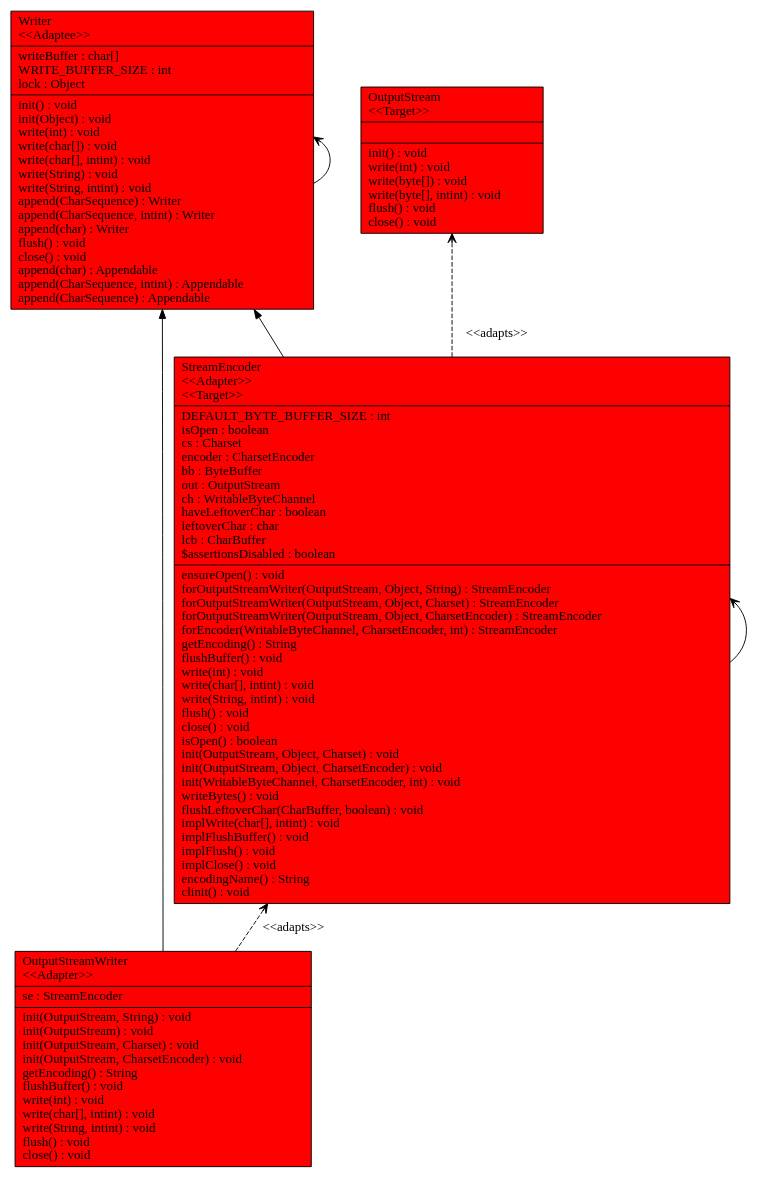
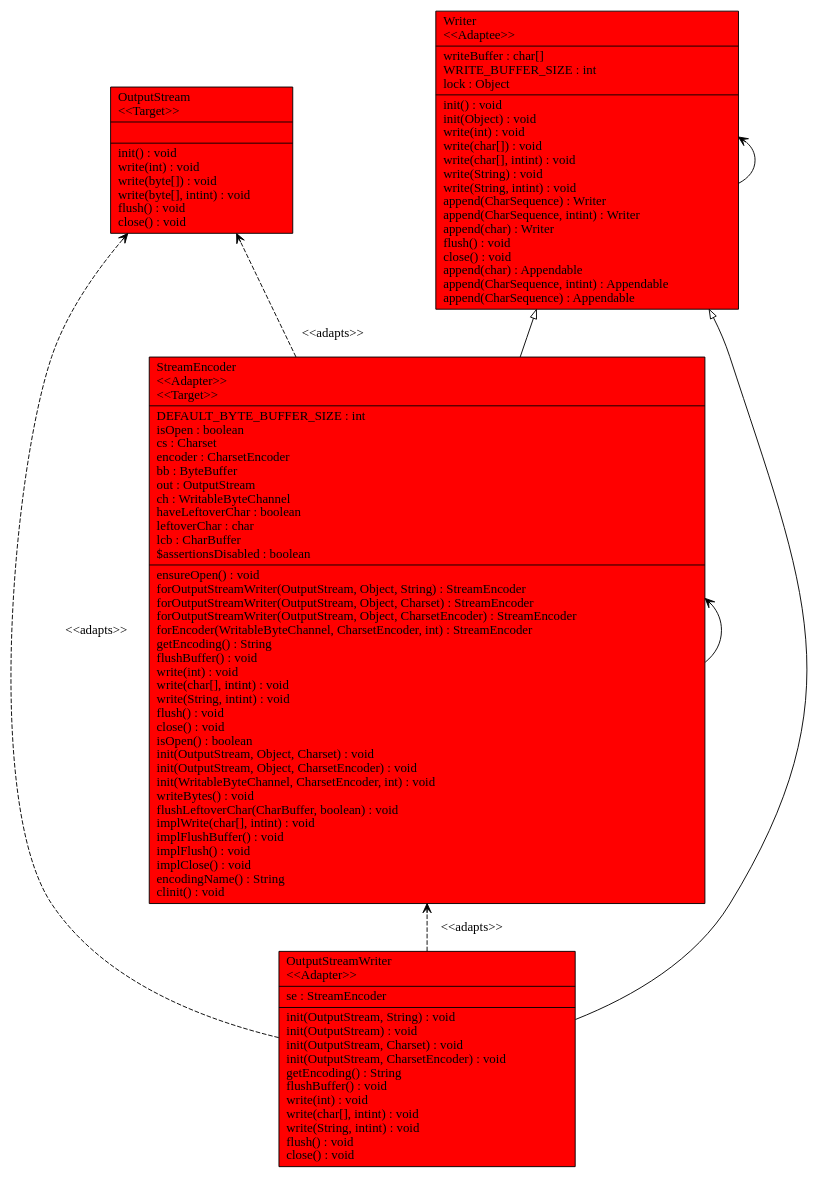
One commit to chinchalupa/CSSE374-Project changed the diagram in input_output/output_stream_writer.dot. Above: the diagram before and after it, drawn with Graphviz. The commit also changed 27 other files, not shown here.

```diff
--- a/input_output/output_stream_writer.dot
+++ b/input_output/output_stream_writer.dot
@@ -1,27 +1,29 @@
 digraph G {
 
 fontname = "Bitstream Vera Sans"
 fontsize = 8
 rankdir=BT
 
 node [shape = "record" color = "#000000" fillcolor = "#ff0000" style="filled"]
 ClassTOutputStream [label = "{OutputStream\l\<\<Target\>\>\l||init() : void\lwrite(int) : void\lwrite(byte[]) : void\lwrite(byte[], intint) : void\lflush() : void\lclose() : void\l}"]
 node [shape = "record" color = "#000000" fillcolor = "#ff0000" style="filled"]
 ClassTOutputStreamWriter [label = "{OutputStreamWriter\l\<\<Adapter\>\>\l|se : StreamEncoder\l|init(OutputStream, String) : void\linit(OutputStream) : void\linit(OutputStream, Charset) : void\linit(OutputStream, CharsetEncoder) : void\lgetEncoding() : String\lflushBuffer() : void\lwrite(int) : void\lwrite(char[], intint) : void\lwrite(String, intint) : void\lflush() : void\lclose() : void\l}"]
 node [shape = "record" color = "#000000" fillcolor = "#ff0000" style="filled"]
 ClassTWriter [label = "{Writer\l\<\<Adaptee\>\>\l|writeBuffer : char[]\lWRITE_BUFFER_SIZE : int\llock : Object\l|init() : void\linit(Object) : void\lwrite(int) : void\lwrite(char[]) : void\lwrite(char[], intint) : void\lwrite(String) : void\lwrite(String, intint) : void\lappend(CharSequence) : Writer\lappend(CharSequence, intint) : Writer\lappend(char) : Writer\lflush() : void\lclose() : void\lappend(char) : Appendable\lappend(CharSequence, intint) : Appendable\lappend(CharSequence) : Appendable\l}"]
 node [shape = "record" color = "#000000" fillcolor = "#ff0000" style="filled"]
 ClassTStreamEncoder [label = "{StreamEncoder\l\<\<Adapter\>\>\l\<\<Target\>\>\l|DEFAULT_BYTE_BUFFER_SIZE : int\lisOpen : boolean\lcs : Charset\lencoder : CharsetEncoder\lbb : ByteBuffer\lout : OutputStream\lch : WritableByteChannel\lhaveLeftoverChar : boolean\lleftoverChar : char\llcb : CharBuffer\l$assertionsDisabled : boolean\l|ensureOpen() : void\lforOutputStreamWriter(OutputStream, Object, String) : StreamEncoder\lforOutputStreamWriter(OutputStream, Object, Charset) : StreamEncoder\lforOutputStreamWriter(OutputStream, Object, CharsetEncoder) : StreamEncoder\lforEncoder(WritableByteChannel, CharsetEncoder, int) : StreamEncoder\lgetEncoding() : String\lflushBuffer() : void\lwrite(int) : void\lwrite(char[], intint) : void\lwrite(String, intint) : void\lflush() : void\lclose() : void\lisOpen() : boolean\linit(OutputStream, Object, Charset) : void\linit(OutputStream, Object, CharsetEncoder) : void\linit(WritableByteChannel, CharsetEncoder, int) : void\lwriteBytes() : void\lflushLeftoverChar(CharBuffer, boolean) : void\limplWrite(char[], intint) : void\limplFlushBuffer() : void\limplFlush() : void\limplClose() : void\lencodingName() : String\lclinit() : void\l}"]
-edge [arrowhead = "normal" style = "solid" label = ""]
+edge [arrowhead = "onormal" style = "solid" label = ""]
 ClassTOutputStreamWriter -> ClassTWriter
 edge [arrowhead = "vee" style = "dashed" label = "\<\<adapts\>\>"]
 ClassTOutputStreamWriter -> ClassTStreamEncoder
+edge [arrowhead = "vee" style = "dashed" label = "\<\<adapts\>\>"]
+ClassTOutputStreamWriter -> ClassTOutputStream
 edge [arrowhead = "vee" style = "solid" label = ""]
 ClassTWriter -> ClassTWriter
-edge [arrowhead = "normal" style = "solid" label = ""]
+edge [arrowhead = "onormal" style = "solid" label = ""]
 ClassTStreamEncoder -> ClassTWriter
 edge [arrowhead = "vee" style = "dashed" label = "\<\<adapts\>\>"]
 ClassTStreamEncoder -> ClassTOutputStream
 edge [arrowhead = "vee" style = "solid" label = ""]
 ClassTStreamEncoder -> ClassTStreamEncoder
 }
```
